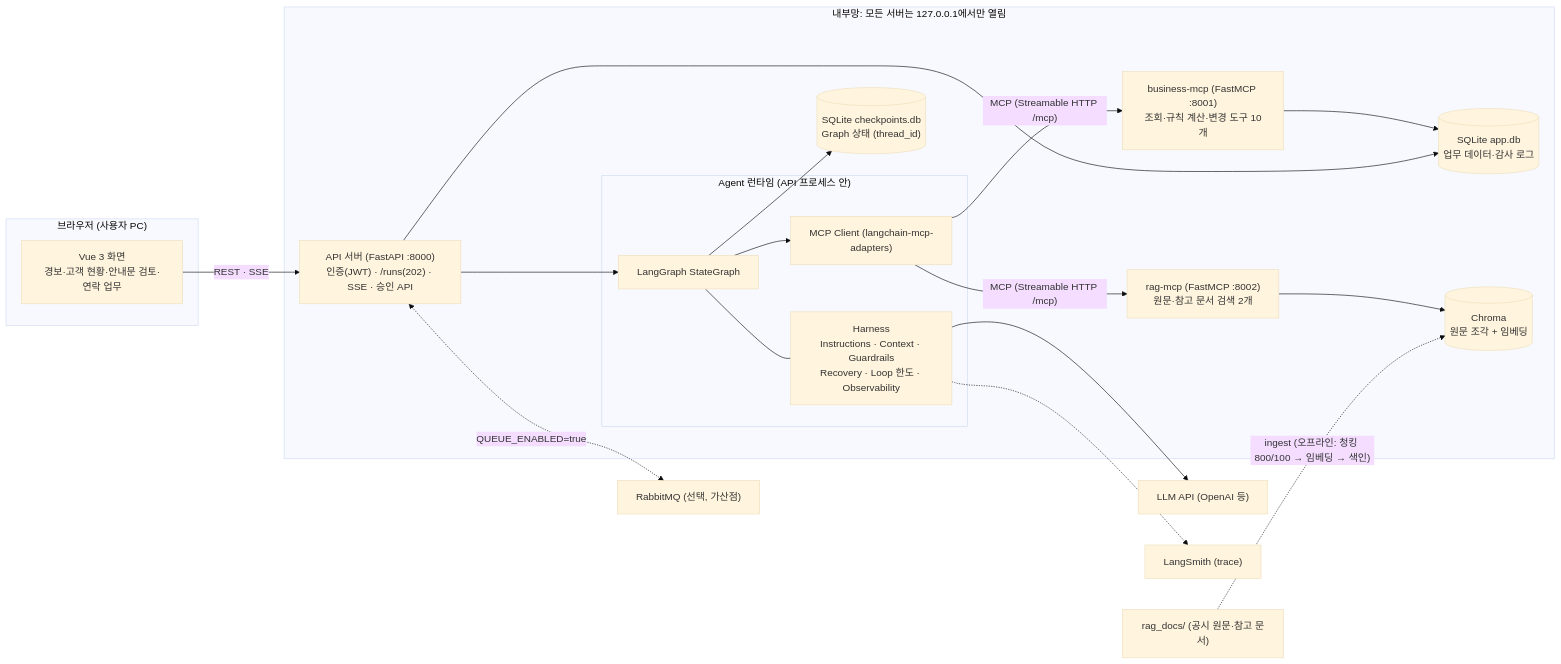
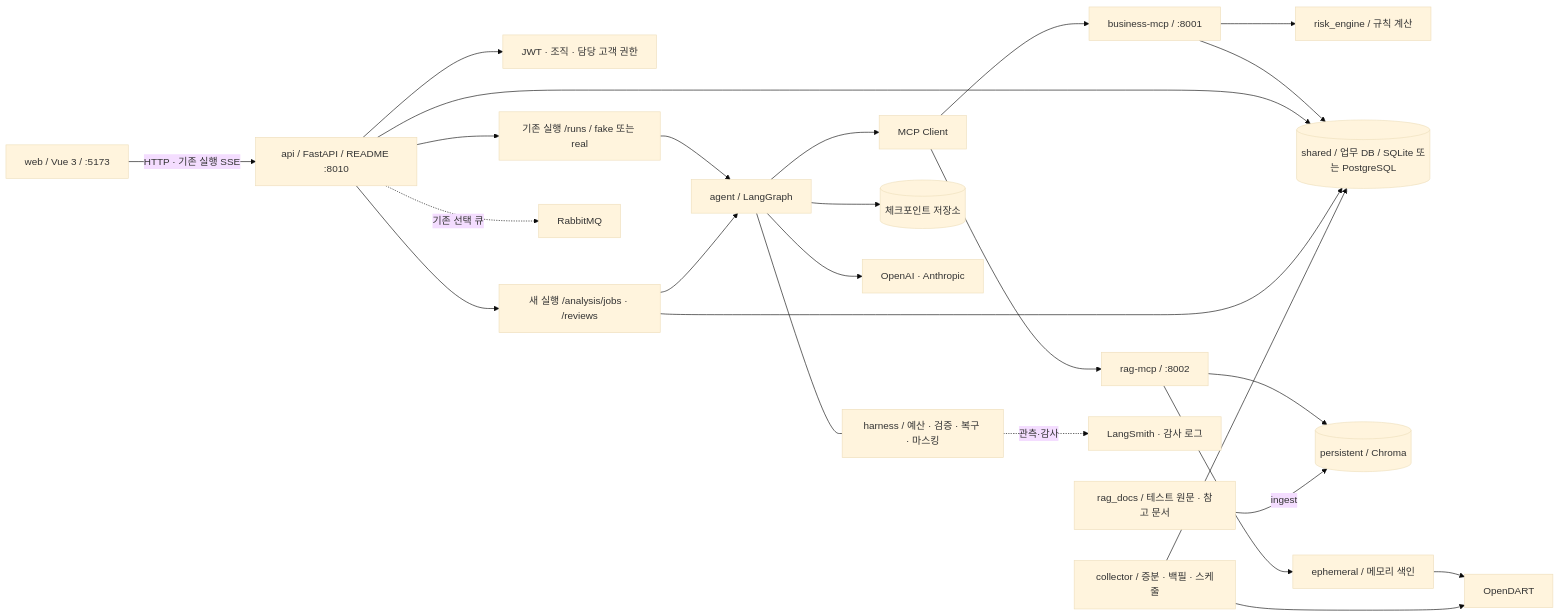
One commit to xxion30/disclosure-early-warning-agent changed the first of 3 diagrams in docs/architecture.md. Above: the diagram before and after it, drawn with Mermaid (base theme). The commit also changed other lines of this file and 3 other files, not shown here.

Commit message:
docs: update README architecture API and data sources

````diff
--- a/docs/architecture.md
+++ b/docs/architecture.md
@@ -24,40 +21,27 @@
 ```mermaid
 flowchart LR
-  subgraph Browser["브라우저 (사용자 PC)"]
-    UI["Vue 3 화면<br/>경보·고객 현황·안내문 검토·연락 업무"]
-  end
-
-  subgraph Local["내부망: 모든 서버는 127.0.0.1에서만 열림"]
-    API["API 서버 (FastAPI :8000)<br/>인증(JWT) · /runs(202) · SSE · 승인 API"]
-    subgraph Agent["Agent 런타임 (API 프로세스 안)"]
-      G["LangGraph StateGraph"]
-      H["Harness<br/>Instructions · Context · Guardrails<br/>Recovery · Loop 한도 · Observability"]
-      MC["MCP Client (langchain-mcp-adapters)"]
-    end
-    BIZ["business-mcp (FastMCP :8001)<br/>조회·규칙 계산·변경 도구 10개"]
-    RAG["rag-mcp (FastMCP :8002)<br/>원문·참고 문서 검색 2개"]
-    SQL[("SQLite app.db<br/>업무 데이터·감사 로그")]
-    CKPT[("SQLite checkpoints.db<br/>Graph 상태 (thread_id)")]
-    VDB[("Chroma<br/>원문 조각 + 임베딩")]
-  end
-
-  LLM["LLM API (OpenAI 등)"]
-  LS["LangSmith (trace)"]
-  MQ["RabbitMQ (선택, 가산점)"]
-  DOCS["rag_docs/ (공시 원문·참고 문서)"]
-
-  UI -- "REST · SSE" --> API
-  API --> G
-  G --- H
-  G --> MC
-  MC -- "MCP (Streamable HTTP /mcp)" --> BIZ
-  MC -- "MCP (Streamable HTTP /mcp)" --> RAG
-  BIZ --> SQL
-  RAG --> VDB
-  G --> CKPT
-  H --> LLM
-  H -.-> LS
-  API <-. "QUEUE_ENABLED=true" .-> MQ
-  DOCS -. "ingest (오프라인: 청킹 800/100 → 임베딩 → 색인)" .-> VDB
-  API --> SQL
+  UI["web / Vue 3 / :5173"] -->|"HTTP · 기존 실행 SSE"| API["api / FastAPI / README :8010"]
+  API --> AUTH["JWT · 조직 · 담당 고객 권한"]
+  API --> LEGACY["기존 실행 /runs / fake 또는 real"]
+  API --> HOSTED["새 실행 /analysis/jobs · /reviews"]
+  LEGACY --> GRAPH["agent / LangGraph"]
+  HOSTED --> GRAPH
+  GRAPH --- HARNESS["harness / 예산 · 검증 · 복구 · 마스킹"]
+  GRAPH --> MCP["MCP Client"]
+  MCP --> BIZ["business-mcp / :8001"]
+  MCP --> RAG["rag-mcp / :8002"]
+  BIZ --> RULES["risk_engine / 규칙 계산"]
+  BIZ --> DB[("shared / 업무 DB / SQLite 또는 PostgreSQL")]
+  API --> DB
+  HOSTED --> DB
+  GRAPH --> CKPT[("체크포인트 저장소")]
+  GRAPH --> LLM["OpenAI · Anthropic"]
+  RAG --> PERSIST[("persistent / Chroma")]
+  RAG --> MEMORY["ephemeral / 메모리 색인"]
+  MEMORY --> DART["OpenDART"]
+  DOCS["rag_docs / 테스트 원문 · 참고 문서"] -->|ingest| PERSIST
+  COLLECT["collector / 증분 · 백필 · 스케줄"] --> DART
+  COLLECT --> DB
+  API -. "기존 선택 큐" .-> MQ["RabbitMQ"]
+  HARNESS -. "관측·감사" .-> OBS["LangSmith · 감사 로그"]
 ```
````
